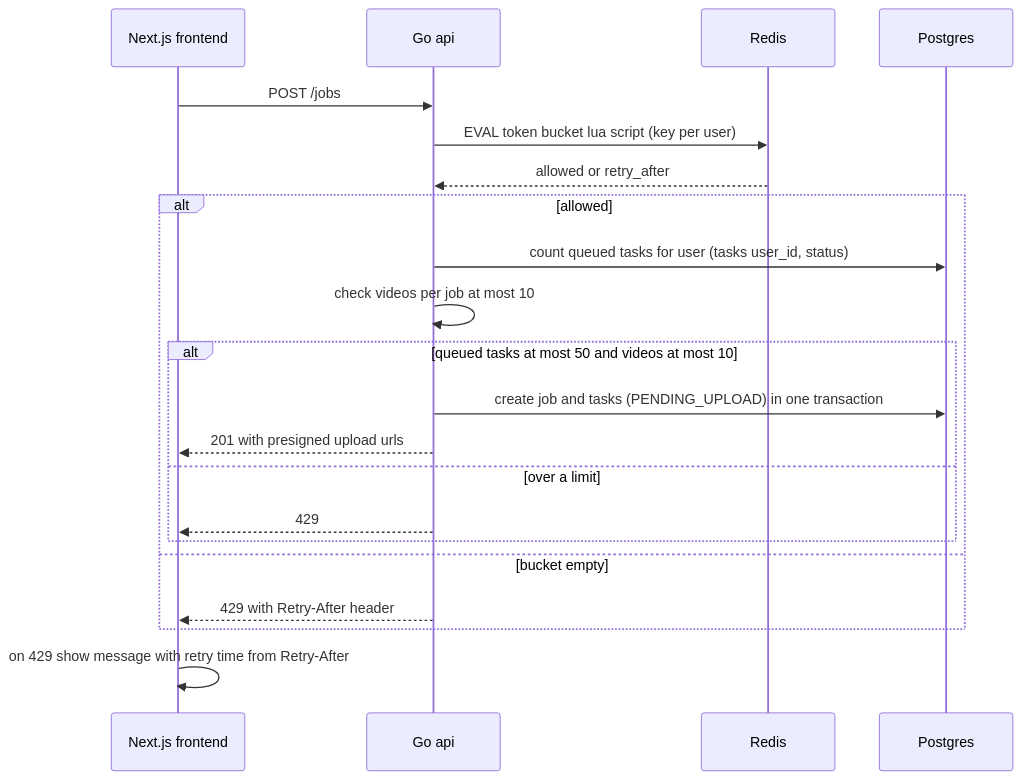
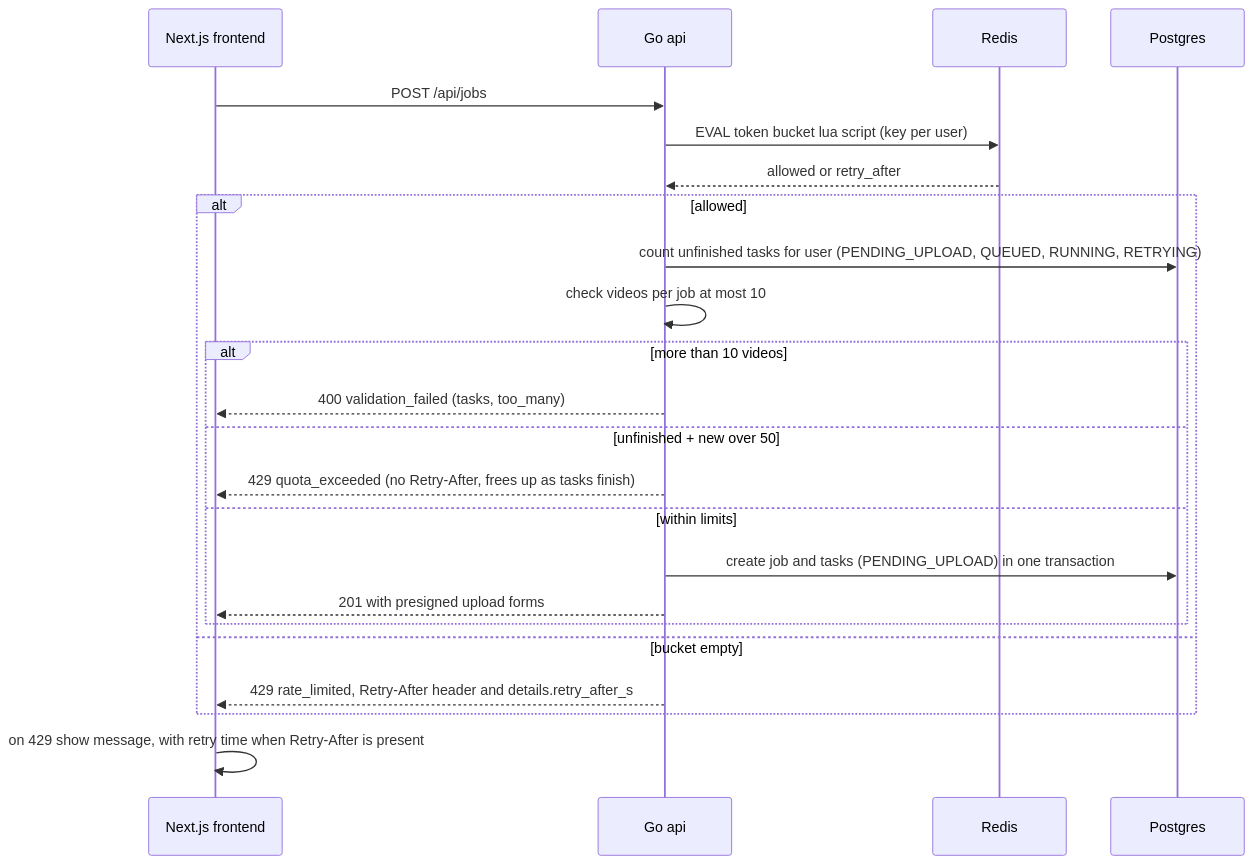
The diagram in docs/diagrams/sequence/13-rate-limited-request.md (MardonBa/transcoding-job-scheduler), drawn with Mermaid before and after one commit. The commit also changed other lines of this file and 31 other files, not shown here.

````diff
--- a/docs/diagrams/sequence/13-rate-limited-request.md
+++ b/docs/diagrams/sequence/13-rate-limited-request.md
@@ -5,24 +5,26 @@
 ```mermaid
 sequenceDiagram
     participant Browser as Next.js frontend
     participant API as Go api
     participant RStream as Redis
     participant PG as Postgres
 
-    Browser->>API: POST /jobs
+    Browser->>API: POST /api/jobs
     API->>RStream: EVAL token bucket lua script (key per user)
     RStream-->>API: allowed or retry_after
     alt allowed
-        API->>PG: count queued tasks for user (tasks user_id, status)
+        API->>PG: count unfinished tasks for user (PENDING_UPLOAD, QUEUED, RUNNING, RETRYING)
         API->>API: check videos per job at most 10
-        alt queued tasks at most 50 and videos at most 10
+        alt more than 10 videos
+            API-->>Browser: 400 validation_failed (tasks, too_many)
+        else unfinished + new over 50
+            API-->>Browser: 429 quota_exceeded (no Retry-After, frees up as tasks finish)
+        else within limits
             API->>PG: create job and tasks (PENDING_UPLOAD) in one transaction
-            API-->>Browser: 201 with presigned upload urls
-        else over a limit
-            API-->>Browser: 429
+            API-->>Browser: 201 with presigned upload forms
         end
     else bucket empty
-        API-->>Browser: 429 with Retry-After header
+        API-->>Browser: 429 rate_limited, Retry-After header and details.retry_after_s
     end
-    Browser->>Browser: on 429 show message with retry time from Retry-After
+    Browser->>Browser: on 429 show message, with retry time when Retry-After is present
 ```
````
